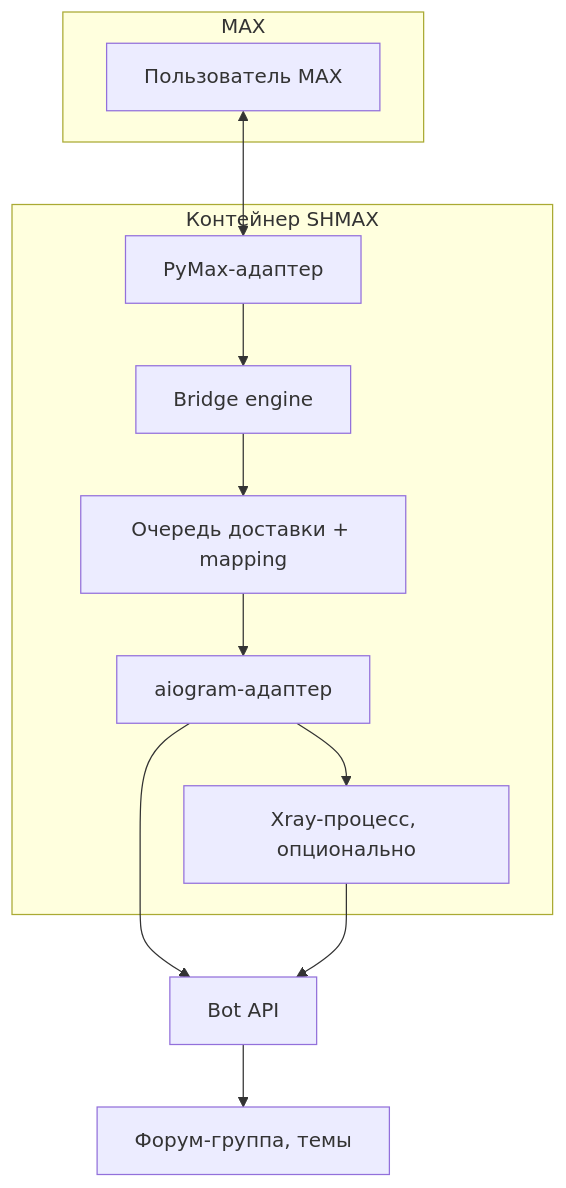
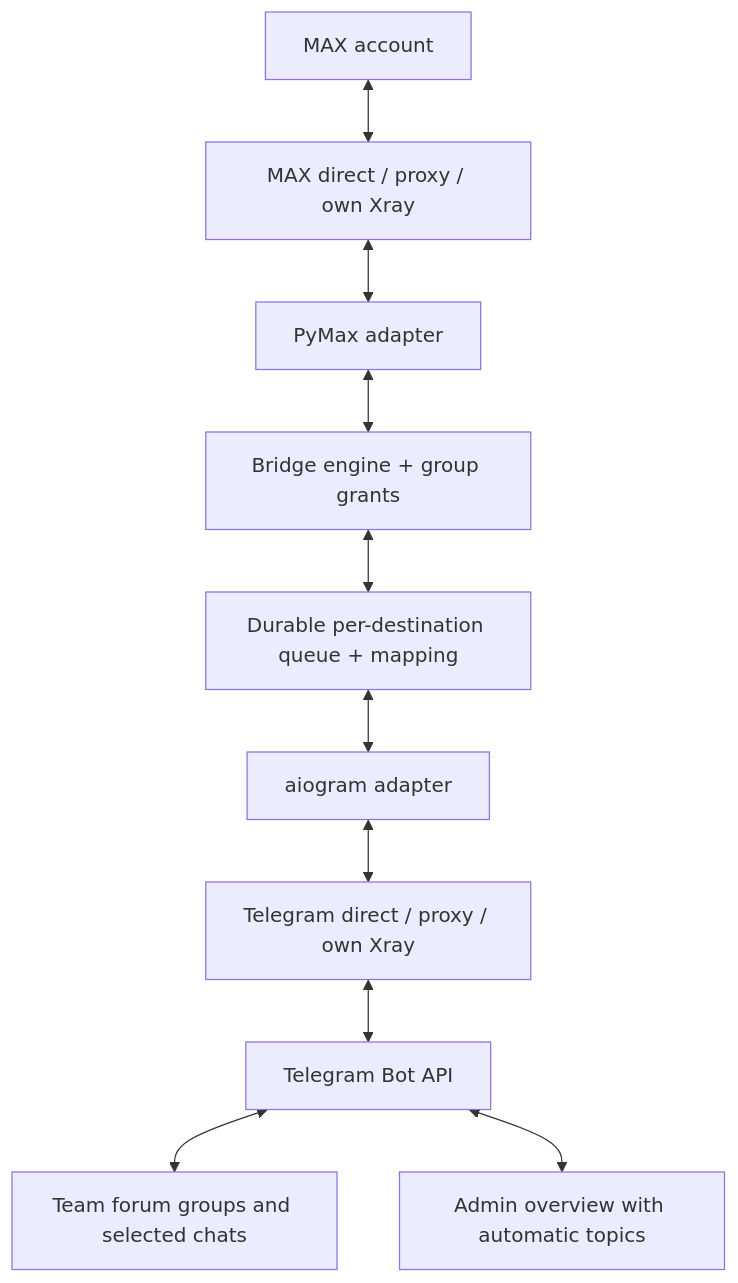
One commit to SHMAX-Project/SHMAX changed the first of 2 diagrams in docs/ru/architecture.md. Above: the diagram before and after it, drawn with Mermaid. The commit also changed other lines of this file and 50 other files, not shown here.

````diff
--- a/docs/ru/architecture.md
+++ b/docs/ru/architecture.md
@@ -7,16 +7,12 @@
 ```mermaid
 flowchart TD
-    subgraph MAX
-        U[Пользователь MAX]
-    end
-    subgraph "Контейнер SHMAX"
-        PYMAX[PyMax-адаптер] --> BR[Bridge engine]
-        BR --> Q[Очередь доставки + mapping]
-        Q --> TG[aiogram-адаптер]
-        TG --> XRAY[Xray-процесс, опционально]
-    end
-    U <--> PYMAX
-    TG --> B[Bot API]
-    XRAY --> B
-    B --> F[Форум-группа, темы]
+    MAX[MAX account] <--> MN[MAX direct / proxy / own Xray]
+    MN <--> PMAX[PyMax adapter]
+    PMAX <--> BR[Bridge engine + group grants]
+    BR <--> Q[Durable per-destination queue + mapping]
+    Q <--> TG[aiogram adapter]
+    TG <--> TN[Telegram direct / proxy / own Xray]
+    TN <--> API[Telegram Bot API]
+    API <--> G1[Team forum groups and selected chats]
+    API <--> GA[Admin overview with automatic topics]
 ```
````
